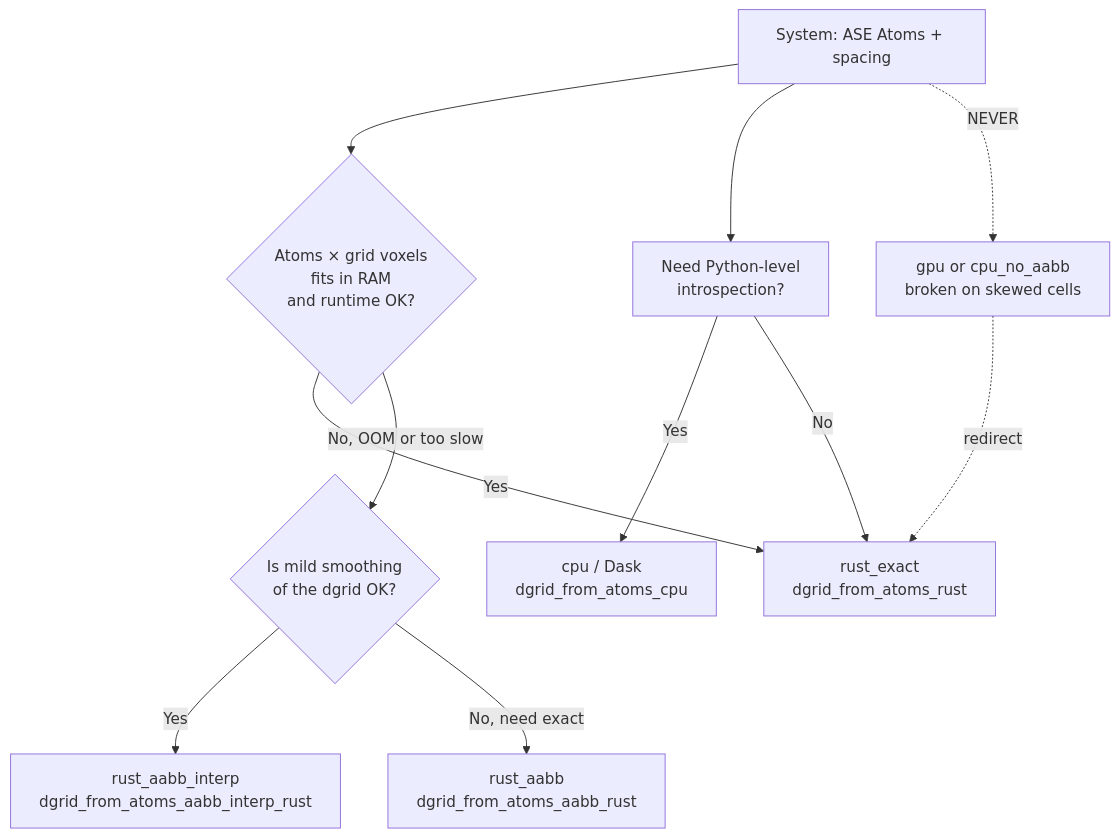
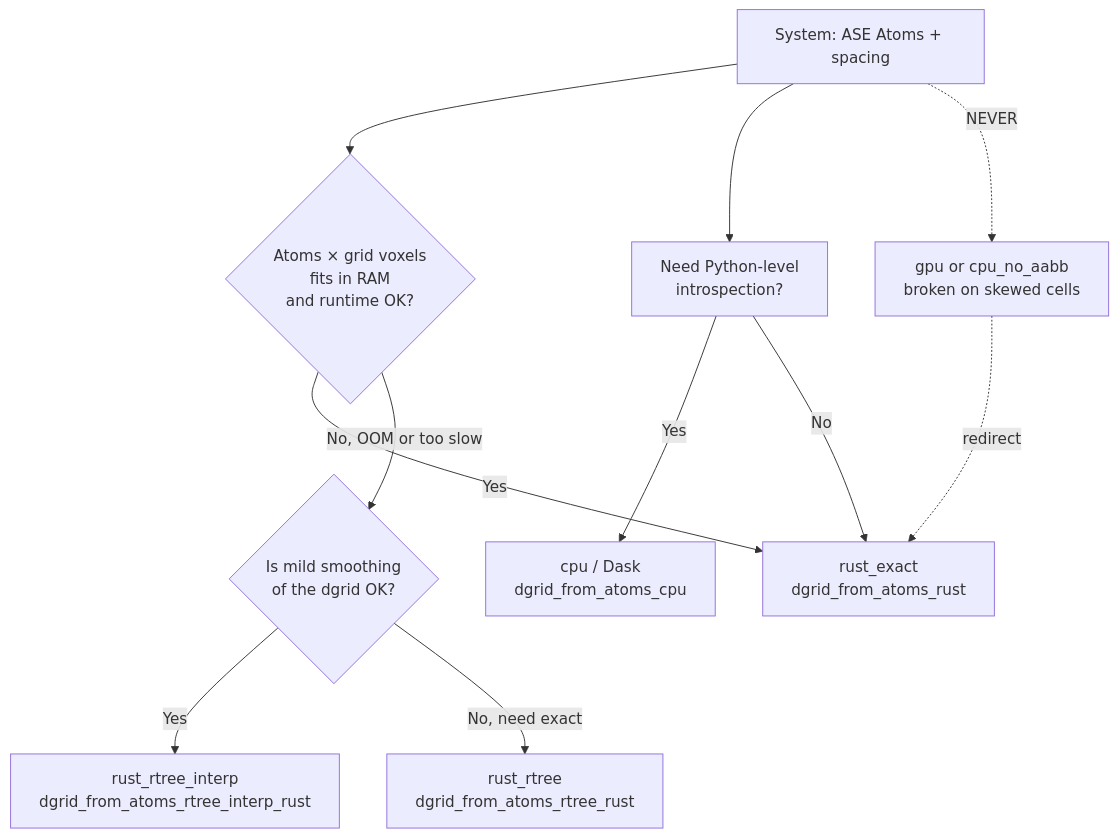
Before and after one commit to mofography/mofography: the diagram in docs/dgrid_methods.qmd, drawn with Mermaid. The commit also changed other lines of this file and 20 other files, not shown here.

First line of the commit message:
Rename R-tree distance grid backends: aabb_rust -> rtree_rust

````diff
--- a/docs/dgrid_methods.qmd
+++ b/docs/dgrid_methods.qmd
@@ -121,13 +121,13 @@
 ```mermaid
 flowchart TD
     A[System: ASE Atoms + spacing] --> B{Atoms × grid voxels<br/>fits in RAM<br/>and runtime OK?}
     B -- Yes --> C[rust_exact<br/>dgrid_from_atoms_rust]
     B -- No, OOM or too slow --> D{Is mild smoothing<br/>of the dgrid OK?}
-    D -- Yes --> E[rust_aabb_interp<br/>dgrid_from_atoms_aabb_interp_rust]
-    D -- No, need exact --> F[rust_aabb<br/>dgrid_from_atoms_aabb_rust]
+    D -- Yes --> E[rust_rtree_interp<br/>dgrid_from_atoms_rtree_interp_rust]
+    D -- No, need exact --> F[rust_rtree<br/>dgrid_from_atoms_rtree_rust]
     A --> G[Need Python-level<br/>introspection?]
     G -- Yes --> H[cpu / Dask<br/>dgrid_from_atoms_cpu]
     G -- No --> C
     A -.->|NEVER| X[gpu or cpu_no_aabb<br/>broken on skewed cells]
     X -.->|redirect| C
 ```
````
